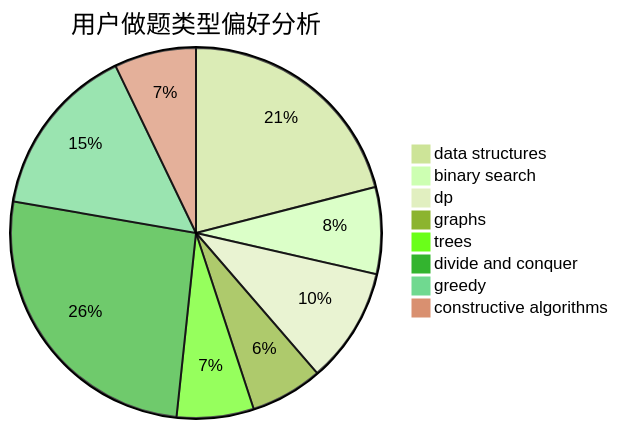
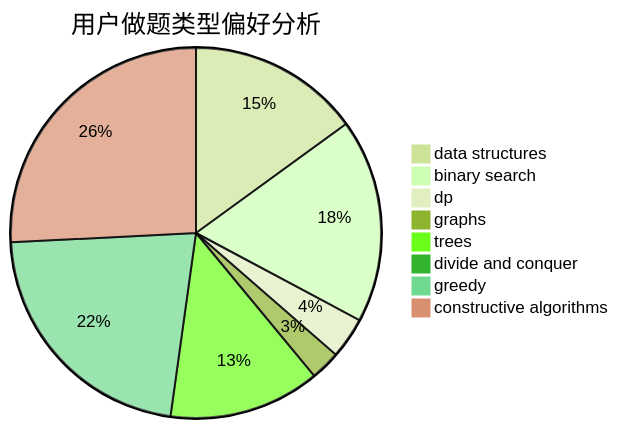
The second of 3 diagrams in docs/user/u1223.md (sherpahu/cfrs.github.io), drawn with Mermaid (forest theme) before and after one commit. The commit also changed other lines of this file and 2770 other files, not shown here.

````diff
--- a/docs/user/u1223.md
+++ b/docs/user/u1223.md
@@ -23,11 +23,11 @@
 ```mermaid
 pie title 用户做题类型偏好分析
-    "data structures" :  50
-    "binary search" :  18
-    "dp" :  24
-    "graphs" :  15
-    "trees" :  16
-    "divide and conquer" :  62
-    "greedy" :  36
-    "constructive algorithms" :  17
+    "data structures" :  75
+    "binary search" :  89
+    "dp" :  18
+    "graphs" :  13
+    "trees" :  66
+    "divide and conquer" :  0
+    "greedy" :  110
+    "constructive algorithms" :  129
 ```
````
